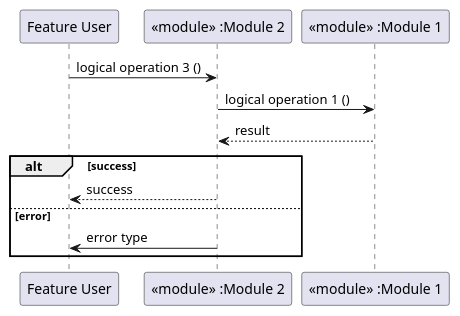
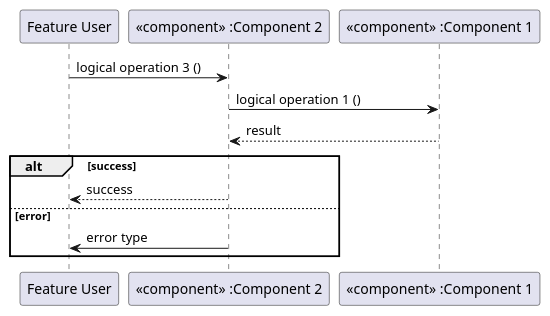
The diagram in docs/process/process_areas/architecture_design/_assets/feature_architecture_dynamic.puml (eclipse-score/score), drawn with PlantUML before and after one commit. The commit also changed 17 other files, not shown here.

```diff
--- a/docs/process/process_areas/architecture_design/_assets/feature_architecture_dynamic.puml
+++ b/docs/process/process_areas/architecture_design/_assets/feature_architecture_dynamic.puml
@@ -15,17 +15,17 @@
 @startuml
 
 participant "Feature User" as actor
-participant "«module» :Module 2" as m2
-participant "«module» :Module 1" as m1
+participant "«component» :Component 2" as m2
+participant "«component» :Component 1" as m1
 
 actor -> m2: logical operation 3 ()
 m2 -> m1: logical operation 1 ()
 m1 --> m2: result
 
 alt success
     m2 --> actor: success
 else error
     m2 -> actor: error type
 end
 
 @enduml
```
